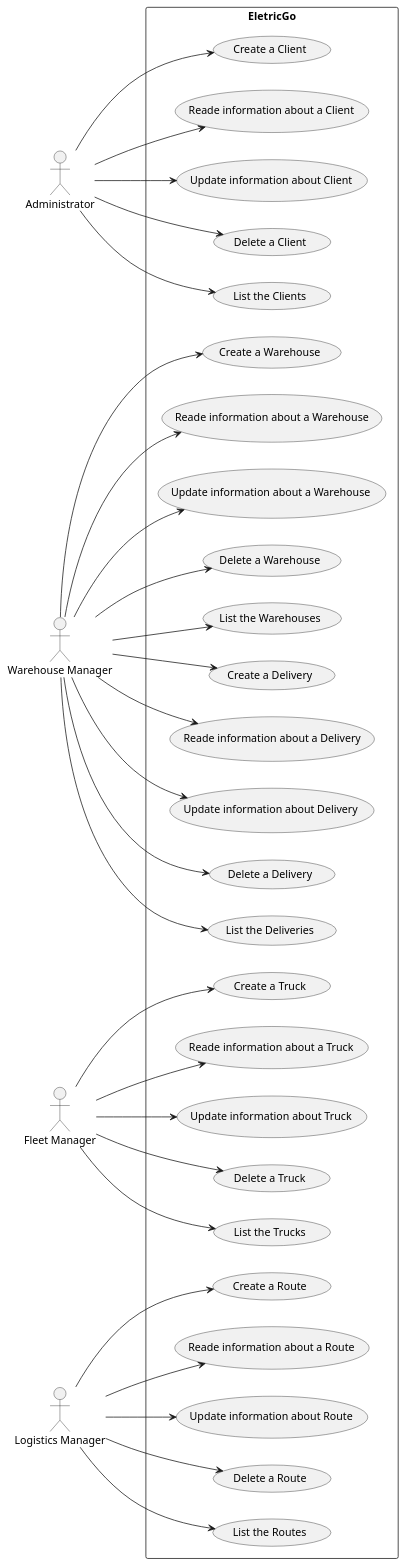
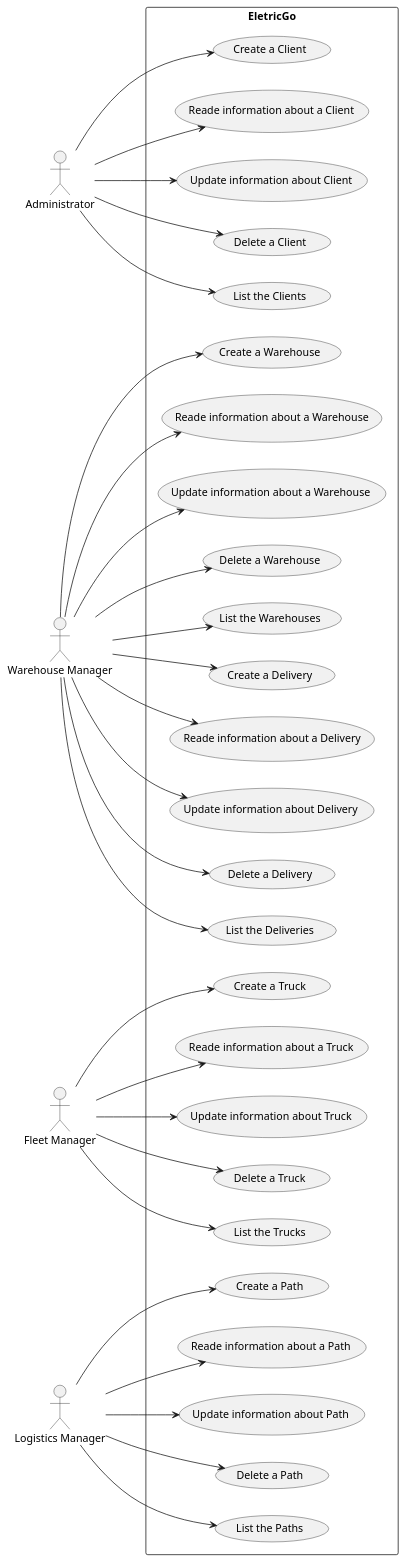
The diagram in Documents/Deployment Diagrams/Level 1 - System Context/Scenario View/Level 1 - Scenario View.puml (0franciscor/dei_3dj_057), drawn with PlantUML before and after one commit. The commit also changed 14 other files, not shown here.

```diff
--- a/Documents/Deployment Diagrams/Level 1 - System Context/Scenario View/Level 1 - Scenario View.puml
+++ b/Documents/Deployment Diagrams/Level 1 - System Context/Scenario View/Level 1 - Scenario View.puml
@@ -1,75 +1,75 @@
 @startuml
 
 left to right direction
 actor "Administrator" as ADM
 actor "Warehouse Manager" as MNG
 actor "Fleet Manager" as FMNG
 actor "Logistics Manager" as LMNG
 rectangle EletricGo {
 
     usecase "Create a Warehouse" as UC1
     usecase "Reade information about a Warehouse" as UC2
     usecase "Update information about a Warehouse " as UC3
     usecase "Delete a Warehouse" as UC4
     usecase "List the Warehouses" as UC5
 
     usecase "Create a Delivery" as UC6
     usecase "Reade information about a Delivery" as UC7
     usecase "Update information about Delivery " as UC8
     usecase "Delete a Delivery" as UC9
     usecase "List the Deliveries" as UC10
 
     usecase "Create a Truck" as UC11
     usecase "Reade information about a Truck" as UC12
     usecase "Update information about Truck" as UC13
     usecase "Delete a Truck" as UC14
     usecase "List the Trucks" as UC15
 
-    usecase "Create a Route" as UC16
-    usecase "Reade information about a Route" as UC17
-    usecase "Update information about Route" as UC18
-    usecase "Delete a Route" as UC19
-    usecase "List the Routes" as UC20
+    usecase "Create a Path" as UC16
+    usecase "Reade information about a Path" as UC17
+    usecase "Update information about Path" as UC18
+    usecase "Delete a Path" as UC19
+    usecase "List the Paths" as UC20
 
     usecase "Create a Client" as UC21
     usecase "Reade information about a Client" as UC22
     usecase "Update information about Client" as UC23
     usecase "Delete a Client" as UC24
     usecase "List the Clients" as UC25
 
 
 }
 
 
 MNG --> UC1
 MNG --> UC2
 MNG --> UC3
 MNG --> UC4
 MNG --> UC5
 
 MNG --> UC6
 MNG --> UC7
 MNG --> UC8
 MNG --> UC9
 MNG --> UC10
 
 FMNG --> UC11
 FMNG --> UC12
 FMNG --> UC13
 FMNG --> UC14
 FMNG --> UC15
 
 LMNG --> UC16
 LMNG --> UC17
 LMNG --> UC18
 LMNG --> UC19
 LMNG --> UC20
 
 ADM --> UC21
 ADM --> UC22
 ADM --> UC23
 ADM --> UC24
 ADM --> UC25
 
 
 @enduml
```
